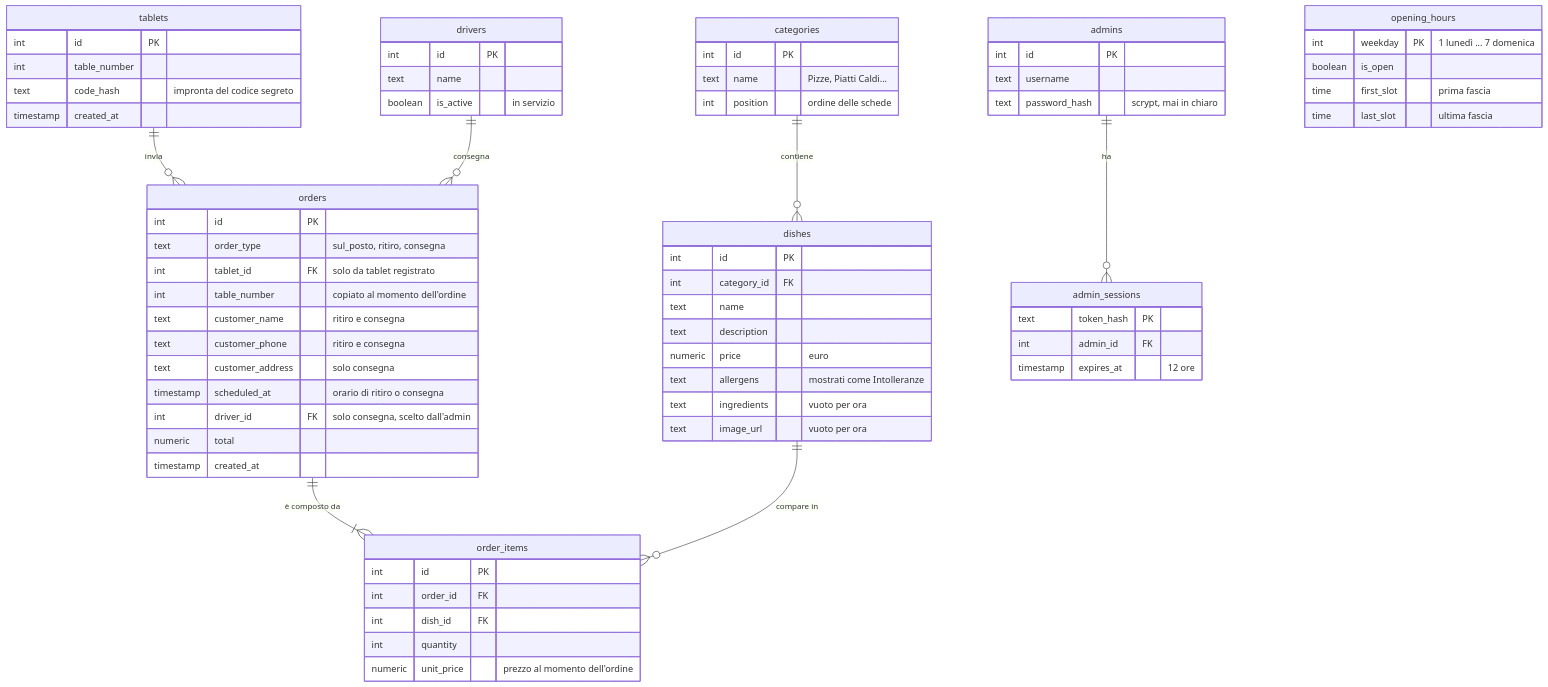
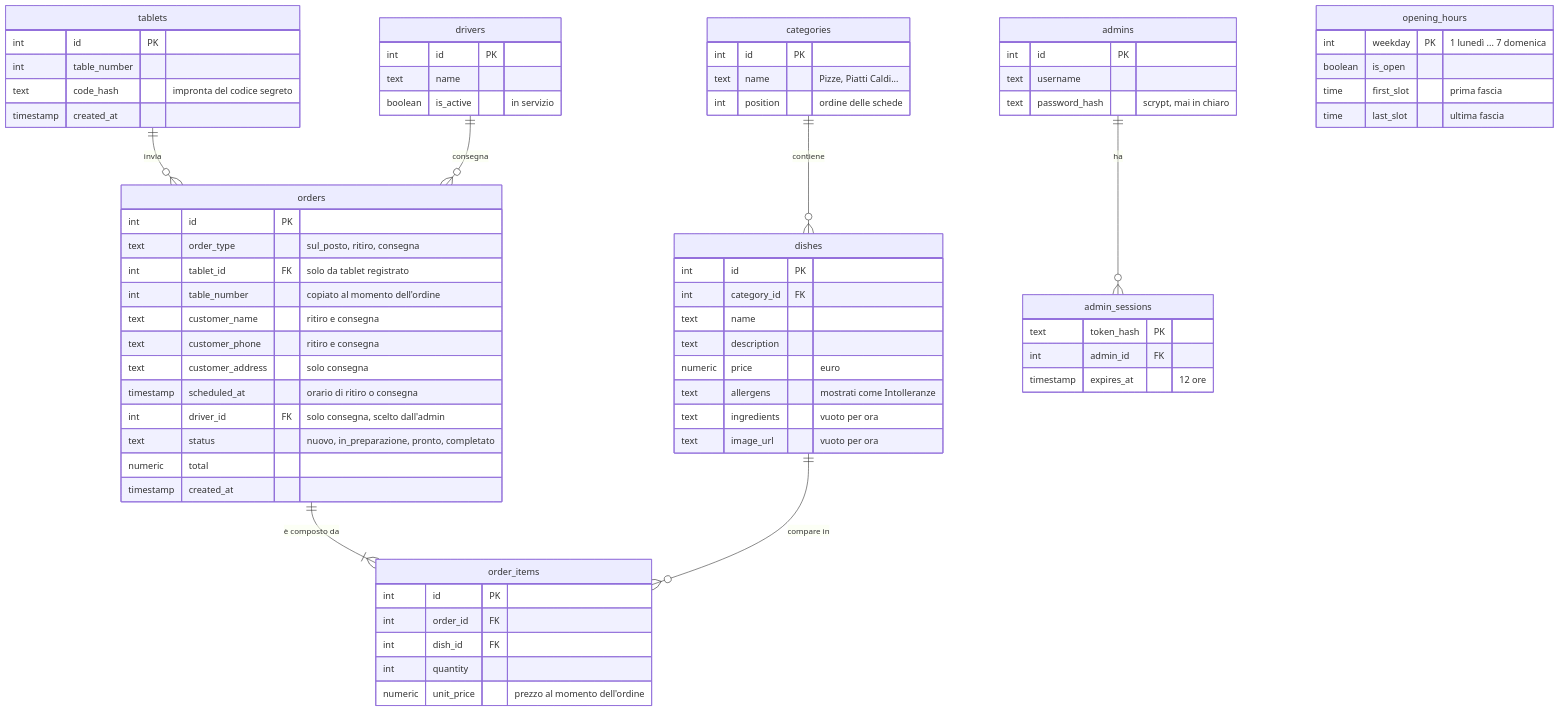
One commit to Josecontis/RestaurantManager changed the seventh of 8 diagrams in doc/piano-server-database.md. Above: the diagram before and after it, drawn with Mermaid. The commit also changed other lines of this file, not shown here.

````diff
--- a/doc/piano-server-database.md
+++ b/doc/piano-server-database.md
@@ -172,71 +232,72 @@
 ```mermaid
 erDiagram
   categories ||--o{ dishes : "contiene"
   orders ||--|{ order_items : "è composto da"
   dishes ||--o{ order_items : "compare in"
   tablets ||--o{ orders : "invia"
   drivers ||--o{ orders : "consegna"
   admins ||--o{ admin_sessions : "ha"
   opening_hours {
     int weekday PK "1 lunedì ... 7 domenica"
     boolean is_open
     time first_slot "prima fascia"
     time last_slot "ultima fascia"
   }
   drivers {
     int id PK
     text name
     boolean is_active "in servizio"
   }
   categories {
     int id PK
     text name "Pizze, Piatti Caldi..."
     int position "ordine delle schede"
   }
   dishes {
     int id PK
     int category_id FK
     text name
     text description
     numeric price "euro"
     text allergens "mostrati come Intolleranze"
     text ingredients "vuoto per ora"
     text image_url "vuoto per ora"
   }
   tablets {
     int id PK
     int table_number
     text code_hash "impronta del codice segreto"
     timestamp created_at
   }
   orders {
     int id PK
     text order_type "sul_posto, ritiro, consegna"
     int tablet_id FK "solo da tablet registrato"
     int table_number "copiato al momento dell'ordine"
     text customer_name "ritiro e consegna"
     text customer_phone "ritiro e consegna"
     text customer_address "solo consegna"
     timestamp scheduled_at "orario di ritiro o consegna"
     int driver_id FK "solo consegna, scelto dall'admin"
+    text status "nuovo, in_preparazione, pronto, completato"
     numeric total
     timestamp created_at
   }
   order_items {
     int id PK
     int order_id FK
     int dish_id FK
     int quantity
     numeric unit_price "prezzo al momento dell'ordine"
   }
   admins {
     int id PK
     text username
     text password_hash "scrypt, mai in chiaro"
   }
   admin_sessions {
     text token_hash PK
     int admin_id FK
     timestamp expires_at "12 ore"
   }
 ```
````
